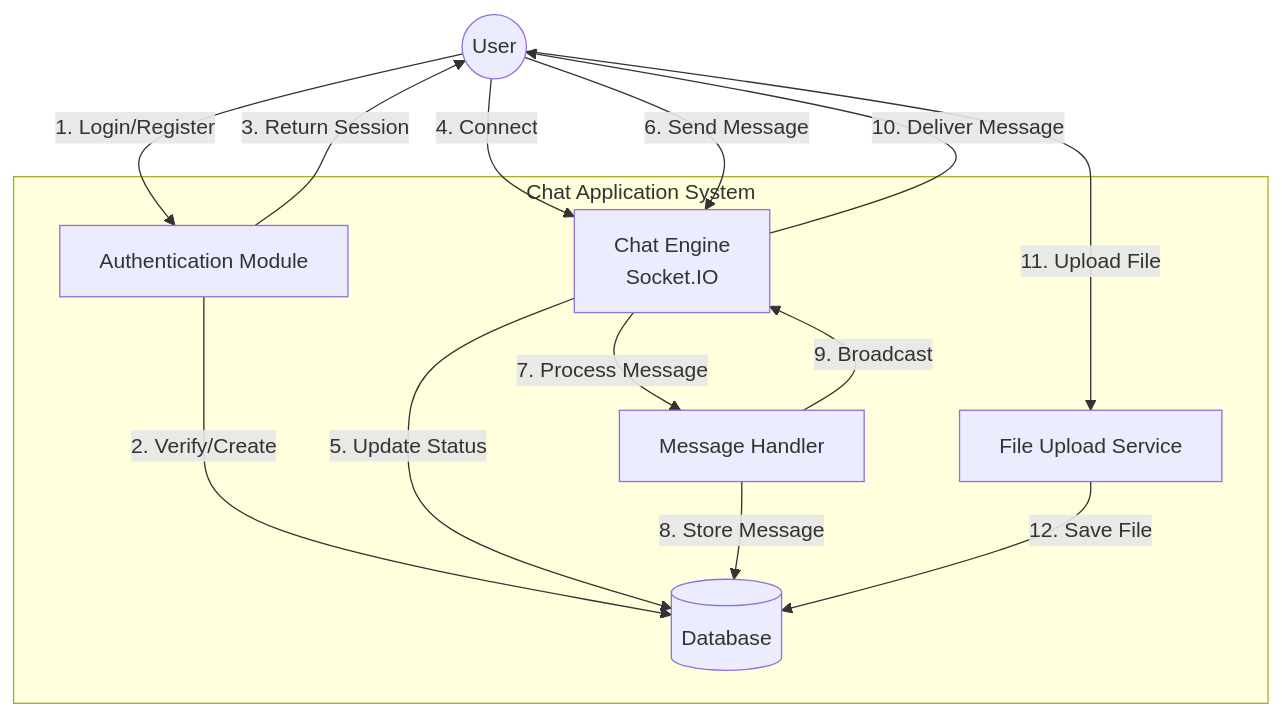
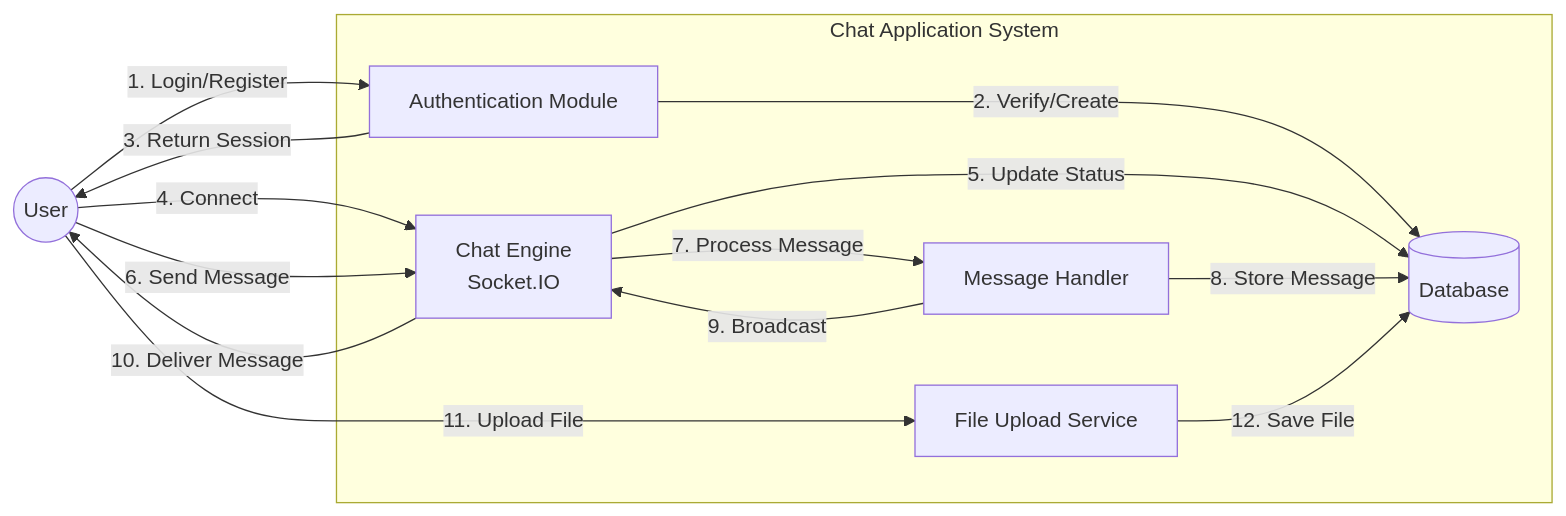
Before and after one commit to Yaiphaba189/chat-app: the third of 5 diagrams in PROJECT_REPORT.md, drawn with Mermaid. The commit also changed other lines of this file, not shown here.

````diff
--- a/PROJECT_REPORT.md
+++ b/PROJECT_REPORT.md
@@ -131,28 +131,28 @@
 ```mermaid
-graph TD
+graph LR
     User((User))
 
     subgraph "Chat Application System"
         Auth[Authentication Module]
-        Chat[Chat Engine \n Socket.IO]
+        Chat[Chat Engine<br>Socket.IO]
         MsgHandler[Message Handler]
         FileHandler[File Upload Service]
         DB[(Database)]
     end
 
     User -- 1. Login/Register --> Auth
     Auth -- 2. Verify/Create --> DB
     Auth -- 3. Return Session --> User
 
     User -- 4. Connect --> Chat
     Chat -- 5. Update Status --> DB
 
     User -- 6. Send Message --> Chat
     Chat -- 7. Process Message --> MsgHandler
     MsgHandler -- 8. Store Message --> DB
     MsgHandler -- 9. Broadcast --> Chat
     Chat -- 10. Deliver Message --> User
 
     User -- 11. Upload File --> FileHandler
     FileHandler -- 12. Save File --> DB
 ```
````
